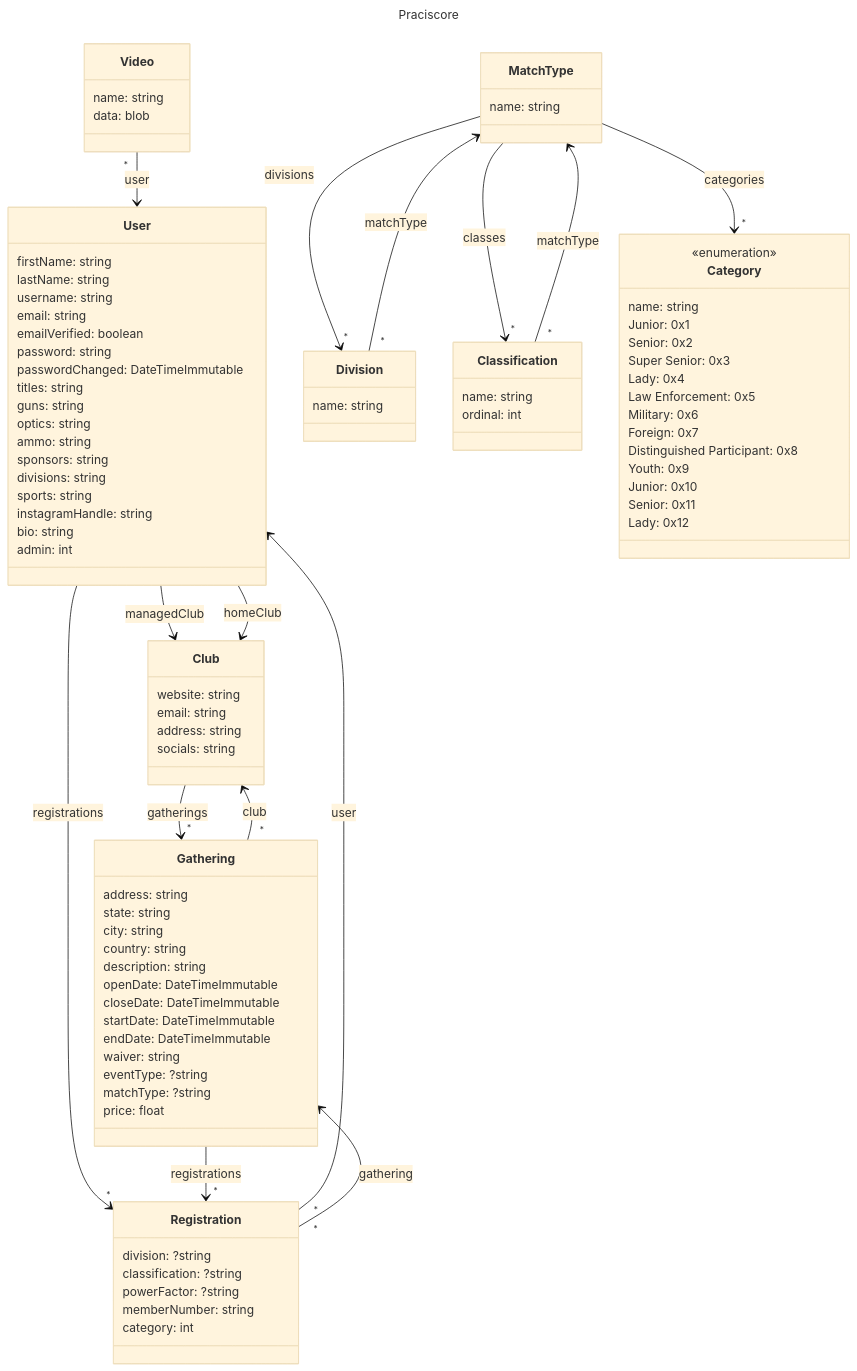
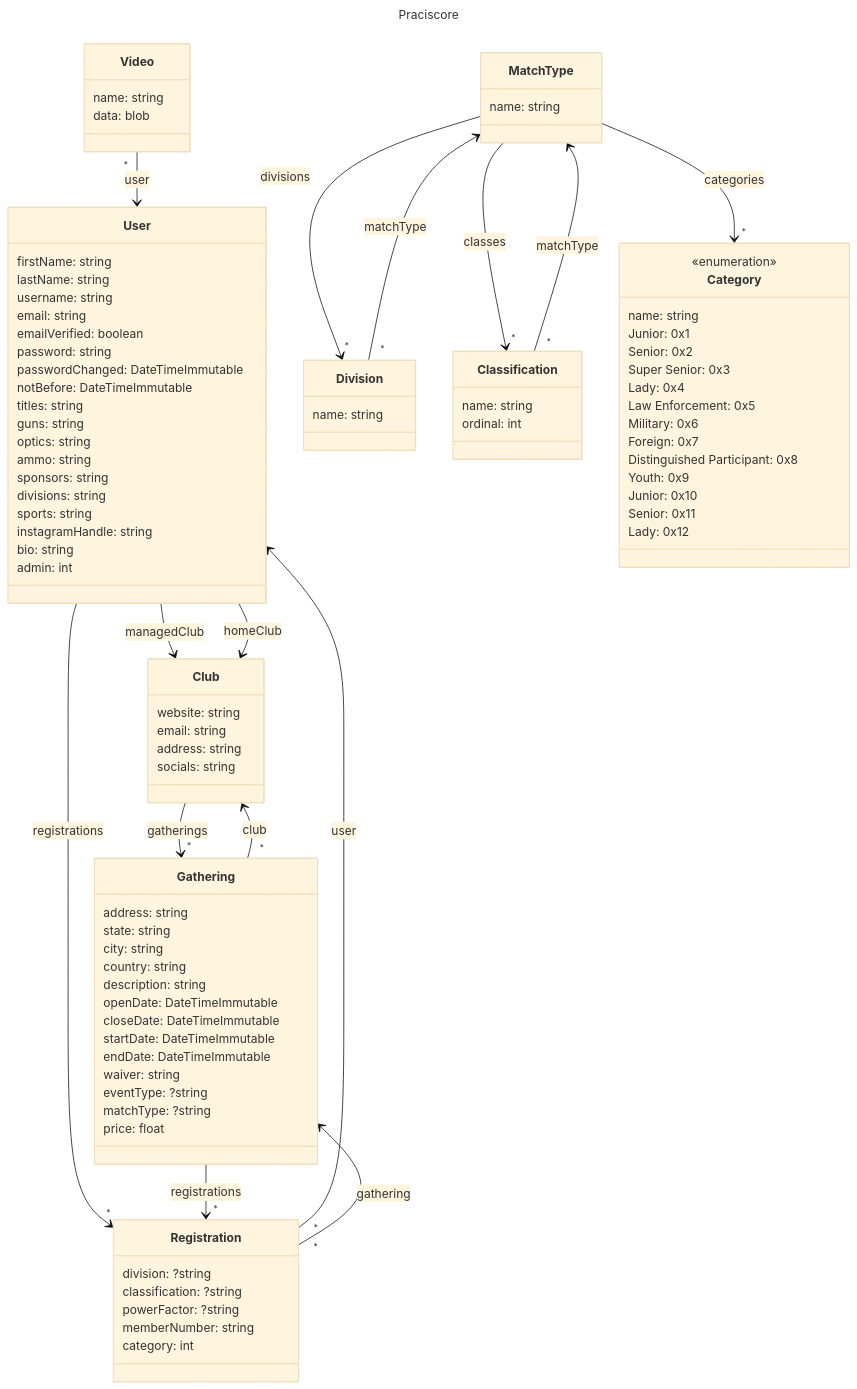
Before and after one commit to DankYoda/Practiscore: the diagram in docs/class_diagram.mmd, drawn with Mermaid (base theme).

Commit message:
UPdated class diagram

```diff
--- a/docs/class_diagram.mmd
+++ b/docs/class_diagram.mmd
@@ -1,102 +1,103 @@
 ---
 title: Praciscore
 ---
 classDiagram
     User --> Club: managedClub
     User --> Club: homeClub
     User --> "*" Registration: registrations
     class User {
         firstName: string
         lastName: string
         username: string
         email: string
         emailVerified: boolean
         password: string
         passwordChanged: DateTimeImmutable
+        notBefore: DateTimeImmutable
         titles: string
         guns: string
         optics: string
         ammo: string
         sponsors: string
         divisions: string
         sports: string
         instagramHandle: string
         bio: string
         admin: int
     }
     Club --> "*" Gathering: gatherings
     class Club {
         website: string
         email: string
         address: string
         socials: string
     }
 
     Registration "*" --> User: user
     Registration "*" --> Gathering: gathering
     class Registration {
         division: ?string
         classification: ?string
         powerFactor: ?string
         memberNumber: string
         category: int
     }
 
     Gathering --> "*" Registration: registrations
     Gathering "*" --> Club: club
     class Gathering {
         address: string
         state: string
         city: string
         country: string
         description: string
         openDate: DateTimeImmutable
         closeDate: DateTimeImmutable
         startDate: DateTimeImmutable
         endDate: DateTimeImmutable
         waiver: string
         eventType: ?string
         matchType: ?string
         price: float
     }
     MatchType --> "*" Division: divisions
     MatchType --> "*" Classification: classes
     MatchType --> "*" Category: categories
     class MatchType {
         name: string
     }
     Division "*" --> MatchType: matchType
     class Division {
         name: string
     }
     Classification "*" --> MatchType: matchType
     class Classification {
         name: string
         ordinal: int
     }
 
     class Category {
         name: string
     }
 
     class Category {
         <<enumeration>>
         Junior: 0x1
         Senior: 0x2
         Super Senior: 0x3
         Lady: 0x4
         Law Enforcement: 0x5
         Military: 0x6
         Foreign: 0x7
         Distinguished Participant: 0x8
         Youth: 0x9
         Junior: 0x10
         Senior: 0x11
         Lady: 0x12
     }
 
     Video "*" --> User: user
     class Video {
         name: string
         data: blob
     }
```
